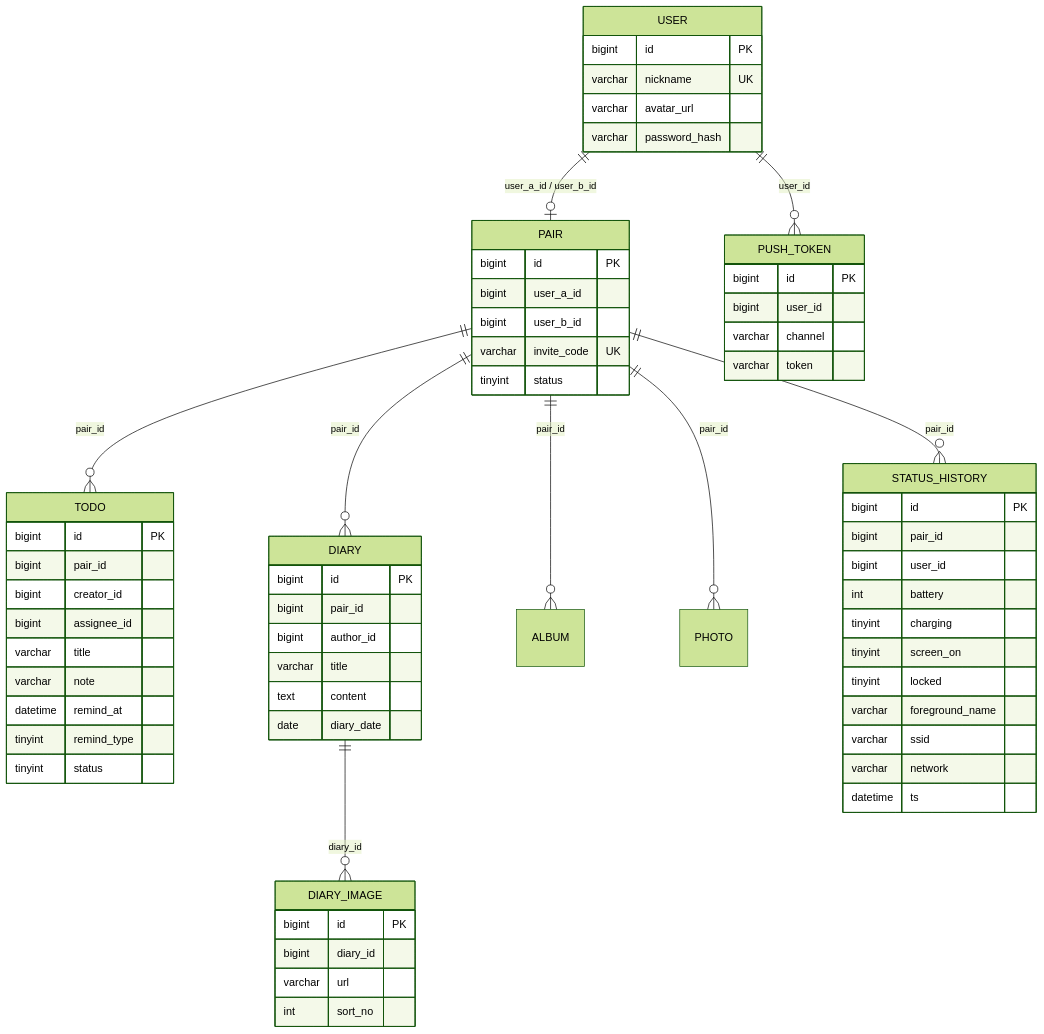
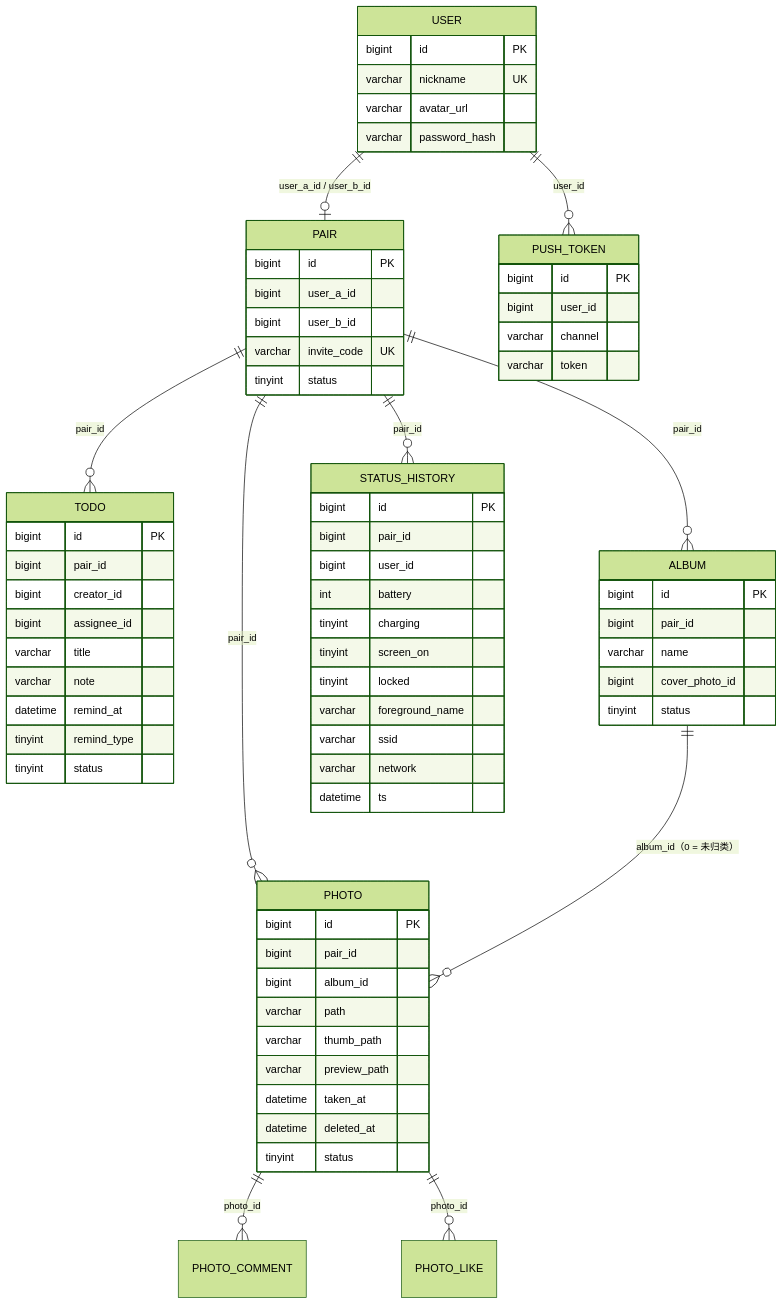
Before and after one commit to Lxii-Build/LxDay: the ninth of 10 diagrams in ARCHITECTURE.md, drawn with Mermaid (forest theme). The commit also changed other lines of this file and 11 other files, not shown here.

````diff
--- a/ARCHITECTURE.md
+++ b/ARCHITECTURE.md
@@ -611,69 +629,74 @@
 ```mermaid
 erDiagram
     USER ||--o| PAIR : "user_a_id / user_b_id"
     PAIR ||--o{ TODO : "pair_id"
-    PAIR ||--o{ DIARY : "pair_id"
     PAIR ||--o{ ALBUM : "pair_id"
     PAIR ||--o{ PHOTO : "pair_id"
     PAIR ||--o{ STATUS_HISTORY : "pair_id"
-    DIARY ||--o{ DIARY_IMAGE : "diary_id"
+    ALBUM ||--o{ PHOTO : "album_id（0 = 未归类）"
+    PHOTO ||--o{ PHOTO_COMMENT : "photo_id"
+    PHOTO ||--o{ PHOTO_LIKE : "photo_id"
     USER ||--o{ PUSH_TOKEN : "user_id"
 
     USER {
         bigint id PK
         varchar nickname UK
         varchar avatar_url
         varchar password_hash
     }
     PAIR {
         bigint id PK
         bigint user_a_id
         bigint user_b_id
         varchar invite_code UK
         tinyint status
     }
     TODO {
         bigint id PK
         bigint pair_id
         bigint creator_id
         bigint assignee_id
         varchar title
         varchar note
         datetime remind_at
         tinyint remind_type
         tinyint status
     }
-    DIARY {
+    ALBUM {
         bigint id PK
         bigint pair_id
-        bigint author_id
-        varchar title
-        text content
-        date diary_date
+        varchar name
+        bigint cover_photo_id
+        tinyint status
     }
-    DIARY_IMAGE {
+    PHOTO {
         bigint id PK
-        bigint diary_id
-        varchar url
-        int sort_no
+        bigint pair_id
+        bigint album_id
+        varchar path
+        varchar thumb_path
+        varchar preview_path
+        datetime taken_at
+        datetime deleted_at
+        tinyint status
     }
     STATUS_HISTORY {
         bigint id PK
         bigint pair_id
         bigint user_id
         int battery
         tinyint charging
         tinyint screen_on
         tinyint locked
         varchar foreground_name
         varchar ssid
         varchar network
         datetime ts
     }
     PUSH_TOKEN {
         bigint id PK
         bigint user_id
         varchar channel
         varchar token
     }
 ```
````
